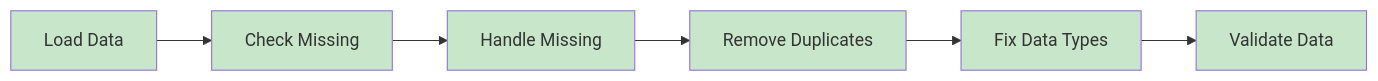
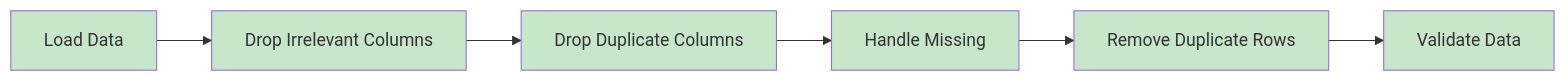
The sixth of 11 diagrams in module-bd/DOCUMENTATION.md (iportilla/CItraining), drawn with Mermaid before and after one commit. The commit also changed other lines of this file and 4 other files, not shown here.

````diff
--- a/module-bd/DOCUMENTATION.md
+++ b/module-bd/DOCUMENTATION.md
@@ -659,15 +1079,15 @@
 ```mermaid
 graph LR
-    A["Load Data"] --> B["Check Missing"]
-    B --> C["Handle Missing"]
-    C --> D["Remove Duplicates"]
-    D --> E["Fix Data Types"]
+    A["Load Data"] --> B["Drop Irrelevant Columns"]
+    B --> C["Drop Duplicate Columns"]
+    C --> D["Handle Missing"]
+    D --> E["Remove Duplicate Rows"]
     E --> F["Validate Data"]
     
     style A fill:#c8e6c9
     style B fill:#c8e6c9
     style C fill:#c8e6c9
     style D fill:#c8e6c9
     style E fill:#c8e6c9
     style F fill:#c8e6c9
 ```
````
